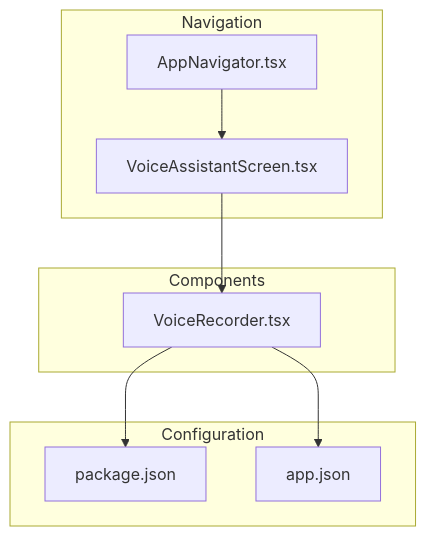
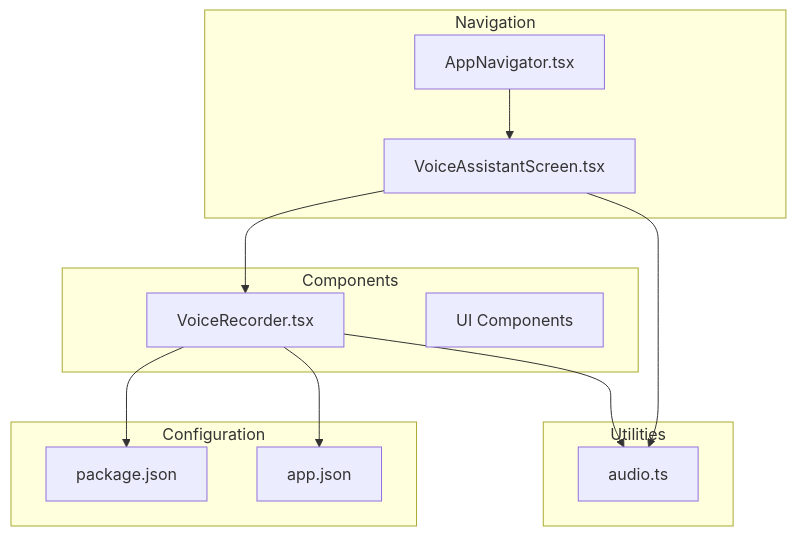
Before and after one commit to Aiman-Naeem/KisaanDost_AI_hackathon_Pakistan: the first of 6 diagrams in .qoder/repowiki/en/content/Voice Assistant Feature/Voice Recorder Component.md, drawn with Mermaid. The commit also changed other lines of this file and 42 other files, not shown here.

````diff
--- a/.qoder/repowiki/en/content/Voice Assistant Feature/Voice Recorder Component.md
+++ b/.qoder/repowiki/en/content/Voice Assistant Feature/Voice Recorder Component.md
@@ -30,18 +41,24 @@
 ```mermaid
 graph TB
 subgraph "Navigation"
 AppNav["AppNavigator.tsx"]
 VoiceScreen["VoiceAssistantScreen.tsx"]
 end
 subgraph "Components"
 VR["VoiceRecorder.tsx"]
+UI["UI Components"]
+end
+subgraph "Utilities"
+AudioUtils["audio.ts"]
 end
 subgraph "Configuration"
 Pkg["package.json"]
 AppCfg["app.json"]
 end
 AppNav --> VoiceScreen
 VoiceScreen --> VR
+VR --> AudioUtils
 VR --> Pkg
 VR --> AppCfg
+VoiceScreen --> AudioUtils
 ```
````
